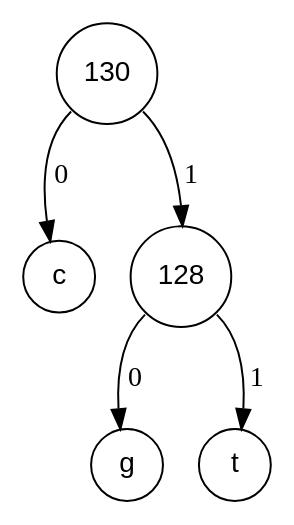
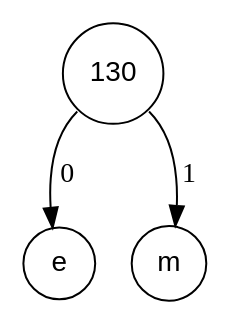
Before and after one commit to Procuste34/codage_huffman_c: the diagram in fichiers_viz/arbre_codage_etape_3.dot, drawn with Graphviz. The commit also changed 47 other files, not shown here.

```diff
--- a/fichiers_viz/arbre_codage_etape_3.dot
+++ b/fichiers_viz/arbre_codage_etape_3.dot
@@ -1,12 +1,8 @@
 digraph POT_test {
 node [fontname="Arial", shape="circle", width=0.5];
 130 [label = "130"]
-99 [label = "c"]
-128 [label = "128"]
-103 [label = "g"]
-116 [label = "t"]
-128:sw -> 103 [label = " 0"]
-128:se -> 116 [label = " 1"]
-130:sw -> 99 [label = " 0"]
-130:se -> 128 [label = " 1"]
+101 [label = "e"]
+109 [label = "m"]
+130:sw -> 101 [label = " 0"]
+130:se -> 109 [label = " 1"]
 }
```
